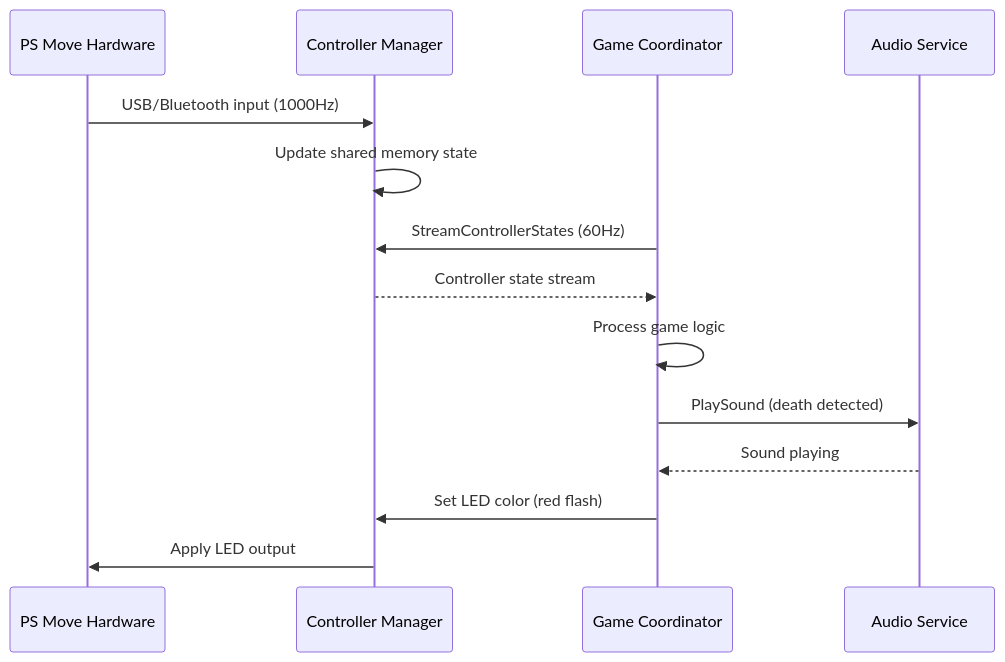
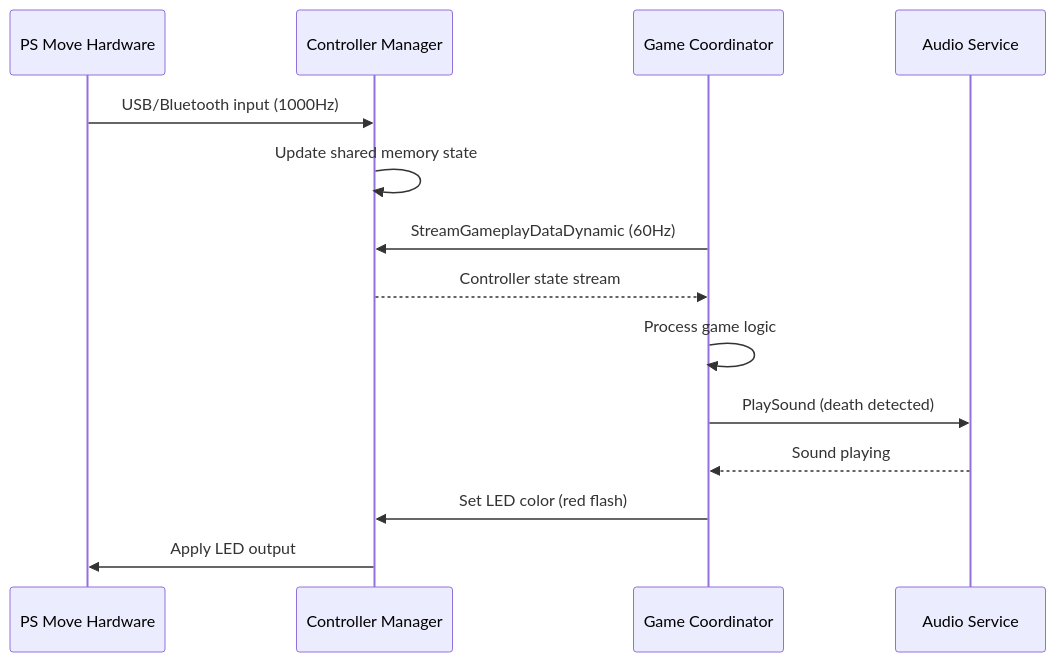
The fourth of 6 diagrams in docs/ARCHITECTURE.md (adangert/JoustMania), drawn with Mermaid before and after one commit. The commit also changed other lines of this file and 40 other files, not shown here.

````diff
--- a/docs/ARCHITECTURE.md
+++ b/docs/ARCHITECTURE.md
@@ -395,17 +396,17 @@
 ```mermaid
 sequenceDiagram
     participant HW as PS Move Hardware
     participant CM as Controller Manager
     participant Game as Game Coordinator
     participant Audio as Audio Service
 
     HW->>CM: USB/Bluetooth input (1000Hz)
     CM->>CM: Update shared memory state
-    Game->>CM: StreamControllerStates (60Hz)
+    Game->>CM: StreamGameplayDataDynamic (60Hz)
     CM-->>Game: Controller state stream
     Game->>Game: Process game logic
     Game->>Audio: PlaySound (death detected)
     Audio-->>Game: Sound playing
     Game->>CM: Set LED color (red flash)
     CM->>HW: Apply LED output
 ```
````
